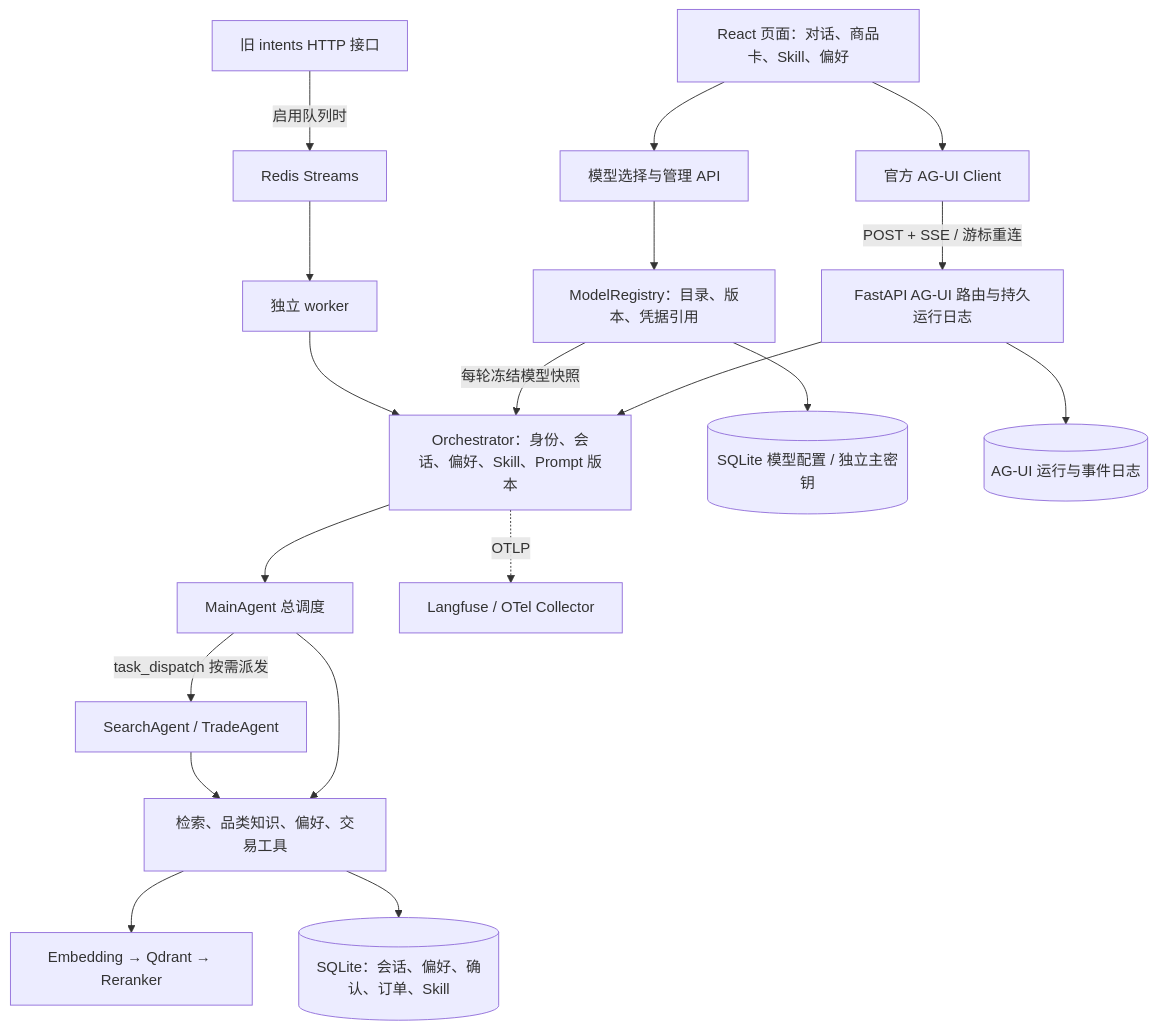
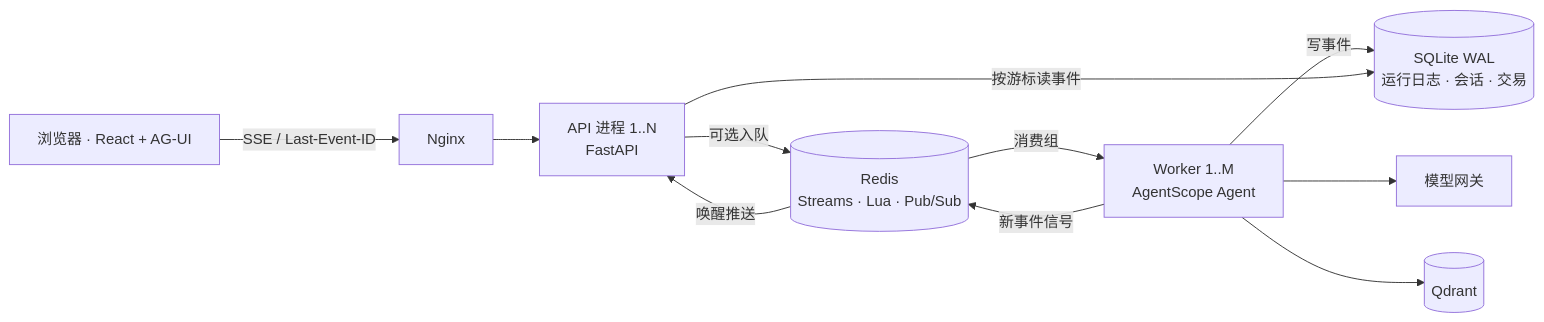
Before and after one commit to wudilyy999/voyacart-agent: the diagram in README.md, drawn with Mermaid. The commit also changed other lines of this file and 3 other files, not shown here.

````diff
--- a/README.md
+++ b/README.md
@@ -138,21 +55,13 @@
 ```mermaid
-flowchart TD
-    UI[React 页面：对话、商品卡、Skill、偏好] --> Client[官方 AG-UI Client]
-    Client -->|POST + SSE / 游标重连| API[FastAPI AG-UI 路由与持久运行日志]
-    API --> Orchestrator[Orchestrator：身份、会话、偏好、Skill、Prompt 版本]
-    Orchestrator --> Main[MainAgent 总调度]
-    UI --> Models[模型选择与管理 API]
-    Models --> Registry[ModelRegistry：目录、版本、凭据引用]
-    Registry --> ModelDB[(SQLite 模型配置 / 独立主密钥)]
-    Registry -->|每轮冻结模型快照| Orchestrator
-    Main --> Tools[检索、品类知识、偏好、交易工具]
-    Main -->|task_dispatch 按需派发| Sub[SearchAgent / TradeAgent]
-    Sub --> Tools
-    Tools --> Search[Embedding → Qdrant → Reranker]
-    Tools --> DB[(SQLite：会话、偏好、确认、订单、Skill)]
-    API --> Journal[(AG-UI 运行与事件日志)]
-    Legacy[旧 intents HTTP 接口] -->|启用队列时| Redis[Redis Streams]
-    Redis --> Worker[独立 worker]
-    Worker --> Orchestrator
-    Orchestrator -. OTLP .-> Trace[Langfuse / OTel Collector]
+flowchart LR
+    B[浏览器 · React + AG-UI] -->|SSE / Last-Event-ID| N[Nginx]
+    N --> A1[API 进程 1..N<br/>FastAPI]
+    A1 -->|可选入队| R[(Redis<br/>Streams · Lua · Pub/Sub)]
+    R -->|消费组| W[Worker 1..M<br/>AgentScope Agent]
+    W -->|写事件| J[(SQLite WAL<br/>运行日志 · 会话 · 交易)]
+    A1 -->|按游标读事件| J
+    W -->|新事件信号| R
+    R -->|唤醒推送| A1
+    W --> M[模型网关]
+    W --> Q[(Qdrant)]
 ```
````
